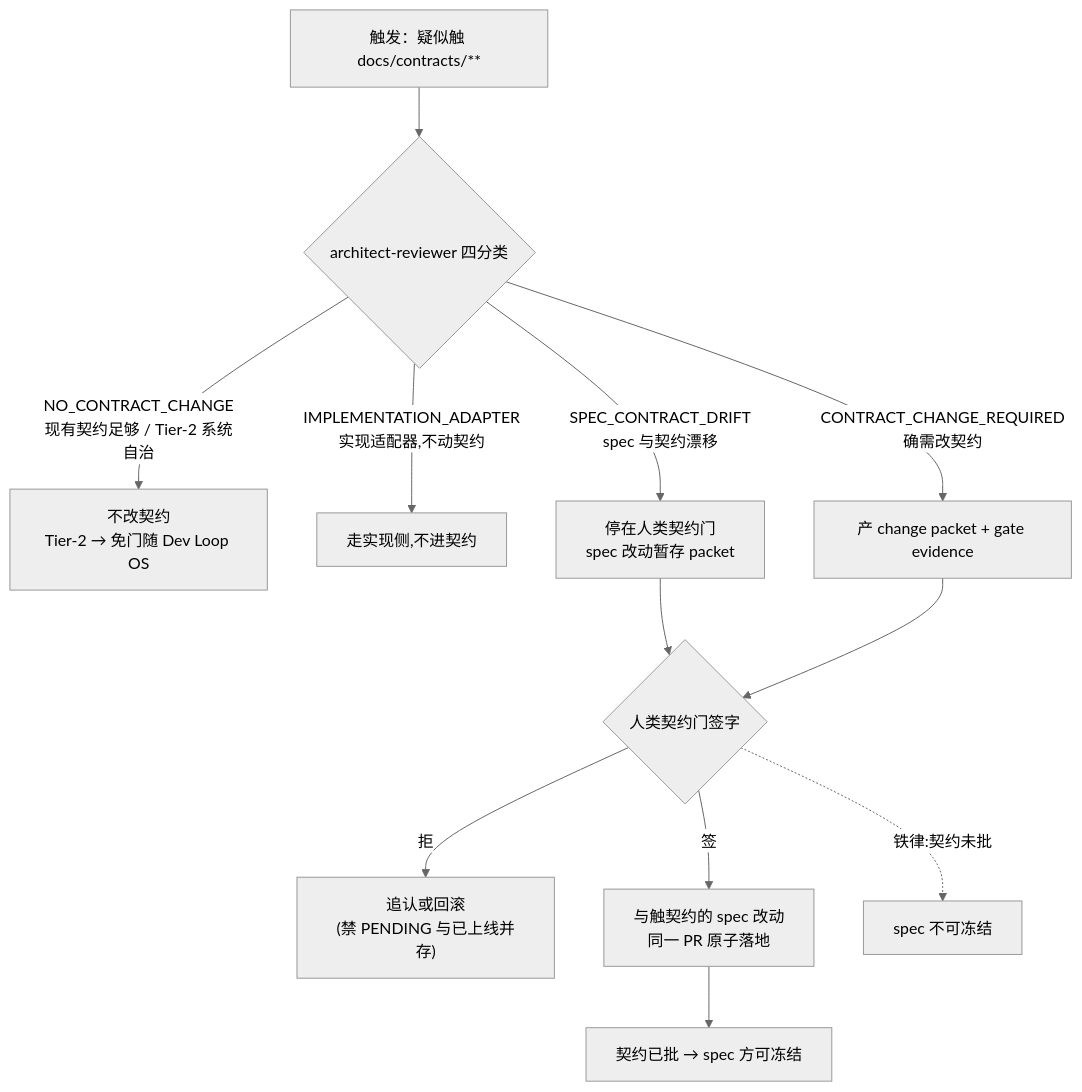
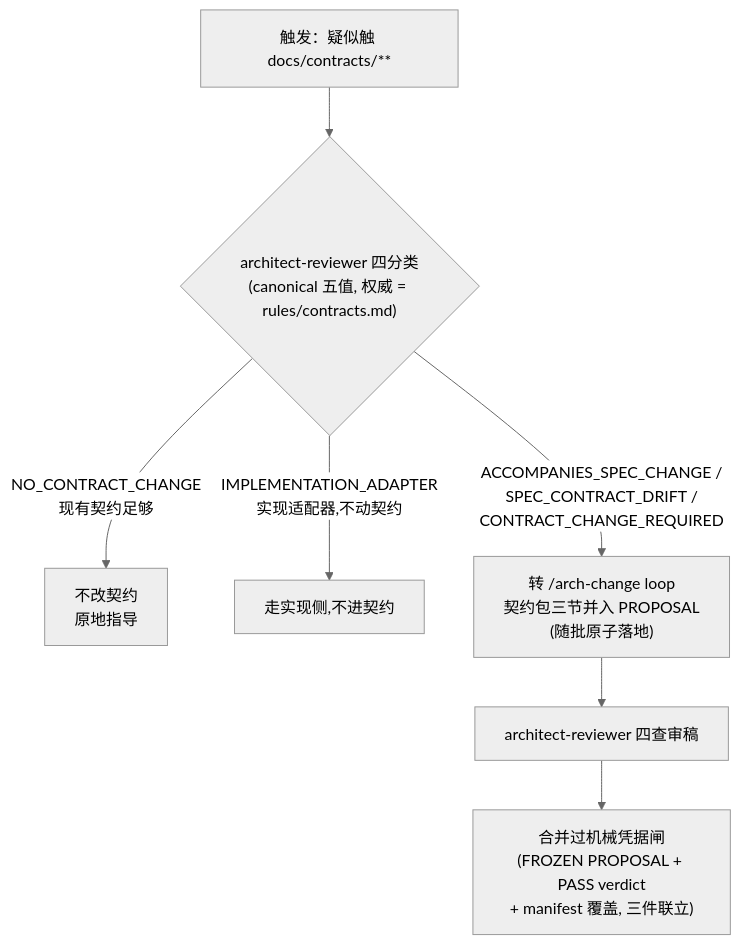
The first of 5 diagrams in docs/DEV-GOVERNANCE.md (fandanpeng/KidPal), drawn with Mermaid (neutral theme) before and after one commit. The commit also changed other lines of this file and 46 other files, not shown here.

````diff
--- a/docs/DEV-GOVERNANCE.md
+++ b/docs/DEV-GOVERNANCE.md
@@ -77,14 +77,9 @@
 ```mermaid
 flowchart TD
-    T["触发：疑似触 docs/contracts/**"] --> Q{"architect-reviewer 四分类"}
-    Q -->|"NO_CONTRACT_CHANGE<br/>现有契约足够 / Tier-2 系统自治"| NOCHG["不改契约<br/>Tier-2 → 免门随 Dev Loop OS"]
+    T["触发：疑似触 docs/contracts/**"] --> Q{"architect-reviewer 四分类<br/>(canonical 五值, 权威 = rules/contracts.md)"}
+    Q -->|"NO_CONTRACT_CHANGE<br/>现有契约足够"| NOCHG["不改契约<br/>原地指导"]
     Q -->|"IMPLEMENTATION_ADAPTER<br/>实现适配器,不动契约"| ADAPT["走实现侧,不进契约"]
-    Q -->|"SPEC_CONTRACT_DRIFT<br/>spec 与契约漂移"| DRIFT["停在人类契约门<br/>spec 改动暂存 packet"]
-    Q -->|"CONTRACT_CHANGE_REQUIRED<br/>确需改契约"| PKT["产 change packet + gate evidence"]
-    DRIFT --> HUMAN
-    PKT --> HUMAN{"人类契约门签字"}
-    HUMAN -->|"拒"| ROLLBACK["追认或回滚<br/>(禁 PENDING 与已上线并存)"]
-    HUMAN -->|"签"| ATOMIC["与触契约的 spec 改动<br/>同一 PR 原子落地"]
-    ATOMIC --> DONE["契约已批 → spec 方可冻结"]
-    HUMAN -.->|"铁律:契约未批"| FREEZE["spec 不可冻结"]
+    Q -->|"ACCOMPANIES_SPEC_CHANGE /<br/>SPEC_CONTRACT_DRIFT /<br/>CONTRACT_CHANGE_REQUIRED"| LOOP["转 /arch-change loop<br/>契约包三节并入 PROPOSAL<br/>(随批原子落地)"]
+    LOOP --> REV["architect-reviewer 四查审稿"]
+    REV --> LAND["合并过机械凭据闸<br/>(FROZEN PROPOSAL + PASS verdict<br/>+ manifest 覆盖, 三件联立)"]
 ```
````
